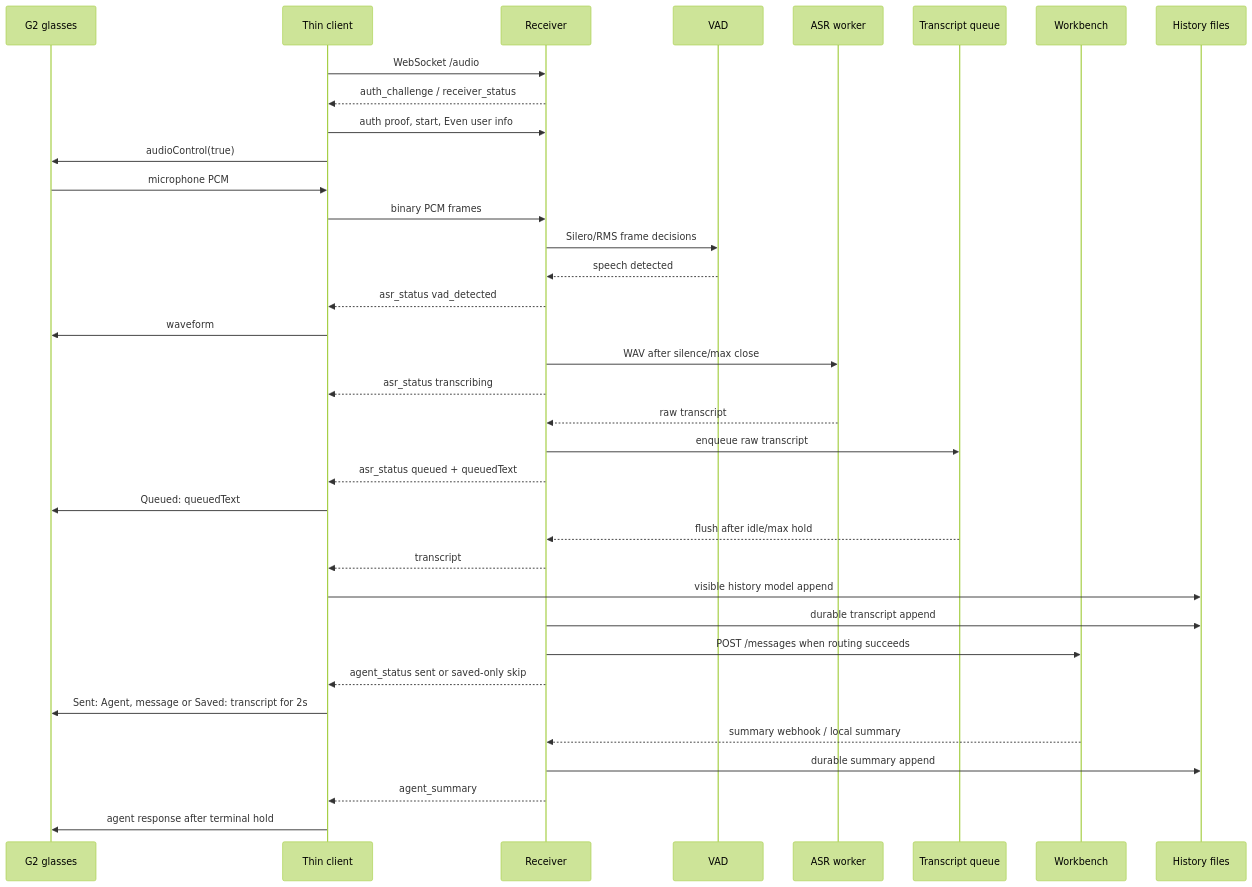
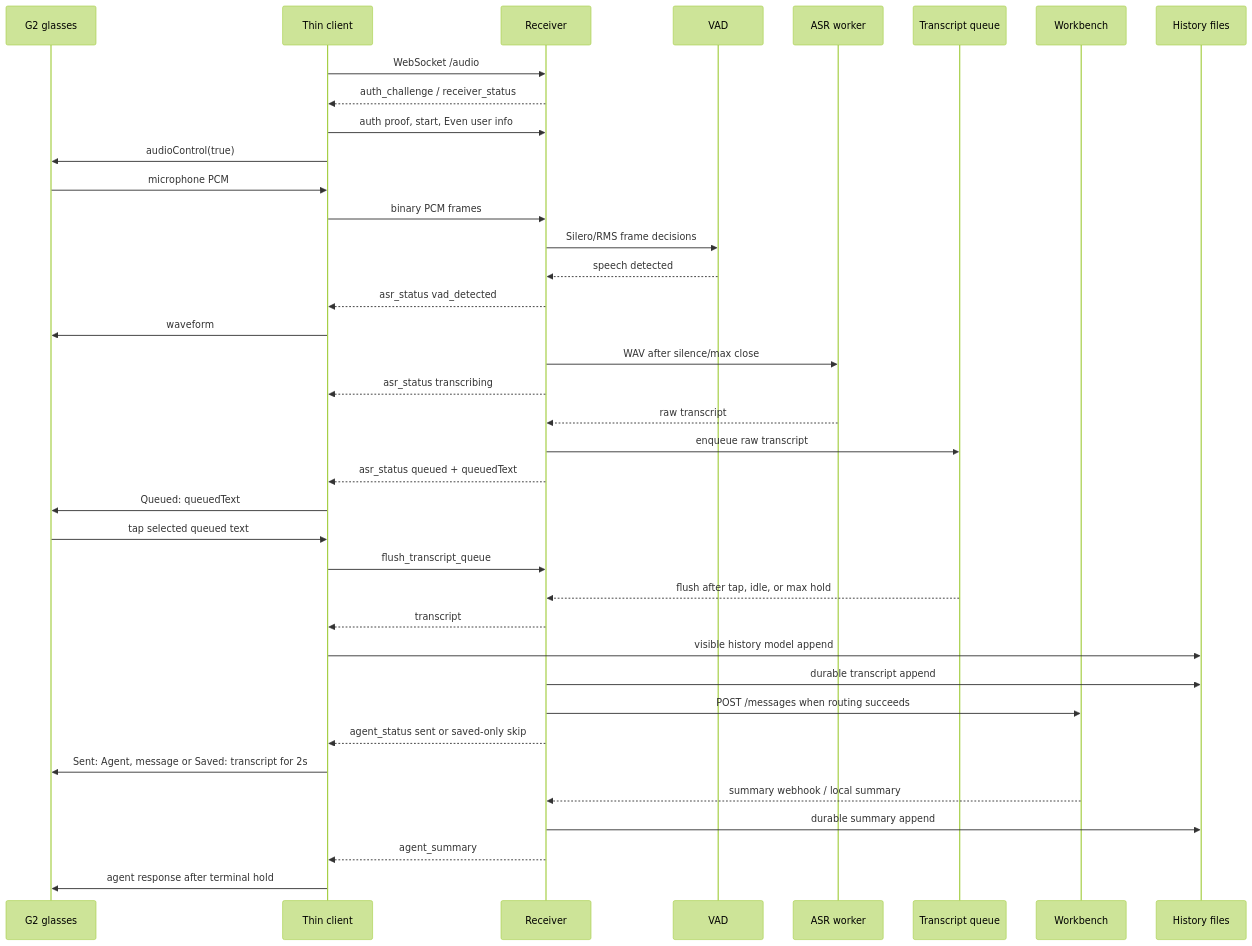
One commit to aaronrau/even-audio-pipe changed the diagram in INTERACTION_FLOW_AND_STATUS.md. Above: the diagram before and after it, drawn with Mermaid (forest theme). The commit also changed other lines of this file and 9 other files, not shown here.

Commit message:
Flush queued transcripts on tap and stabilize audio UI

````diff
--- a/INTERACTION_FLOW_AND_STATUS.md
+++ b/INTERACTION_FLOW_AND_STATUS.md
@@ -10,39 +10,41 @@
 ```mermaid
 sequenceDiagram
   participant G as G2 glasses
   participant C as Thin client
   participant R as Receiver
   participant V as VAD
   participant A as ASR worker
   participant Q as Transcript queue
   participant W as Workbench
   participant H as History files
 
   C->>R: WebSocket /audio
   R-->>C: auth_challenge / receiver_status
   C->>R: auth proof, start, Even user info
   C->>G: audioControl(true)
   G->>C: microphone PCM
   C->>R: binary PCM frames
   R->>V: Silero/RMS frame decisions
   V-->>R: speech detected
   R-->>C: asr_status vad_detected
   C->>G: waveform
   R->>A: WAV after silence/max close
   R-->>C: asr_status transcribing
   A-->>R: raw transcript
   R->>Q: enqueue raw transcript
   R-->>C: asr_status queued + queuedText
   C->>G: Queued: queuedText
-  Q-->>R: flush after idle/max hold
+  G->>C: tap selected queued text
+  C->>R: flush_transcript_queue
+  Q-->>R: flush after tap, idle, or max hold
   R-->>C: transcript
   C->>H: visible history model append
   R->>H: durable transcript append
   R->>W: POST /messages when routing succeeds
   R-->>C: agent_status sent or saved-only skip
   C->>G: Sent: Agent, message or Saved: transcript for 2s
   W-->>R: summary webhook / local summary
   R->>H: durable summary append
   R-->>C: agent_summary
   C->>G: agent response after terminal hold
 ```
````
